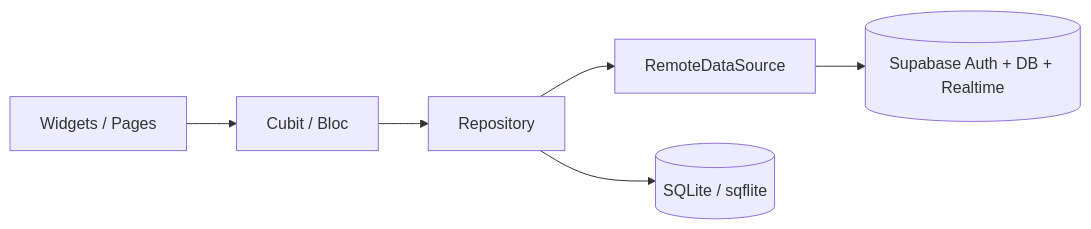
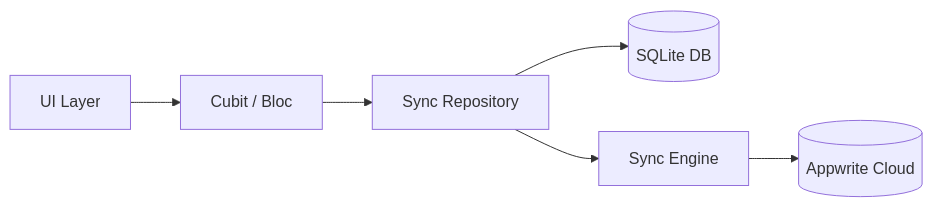
The diagram in README.md (Nouradawy/WhatsUnity), drawn with Mermaid before and after one commit. The commit also changed other lines of this file and 54 other files, not shown here.

````diff
--- a/README.md
+++ b/README.md
@@ -125,8 +28,8 @@
 ```mermaid
 flowchart LR
-  UI[Widgets / Pages] --> Cubit[Cubit / Bloc]
-  Cubit --> Repo[Repository]
-  Repo --> Remote[RemoteDataSource]
-  Repo --> Local[(SQLite / sqflite)]
-  Remote --> Supabase[(Supabase Auth + DB + Realtime)]
+  UI[UI Layer] --> Cubit[Cubit / Bloc]
+  Cubit --> Repo[Sync Repository]
+  Repo --> Local[(SQLite DB)]
+  Repo --> Sync[Sync Engine]
+  Sync --> Remote[(Appwrite Cloud)]
 ```
````
